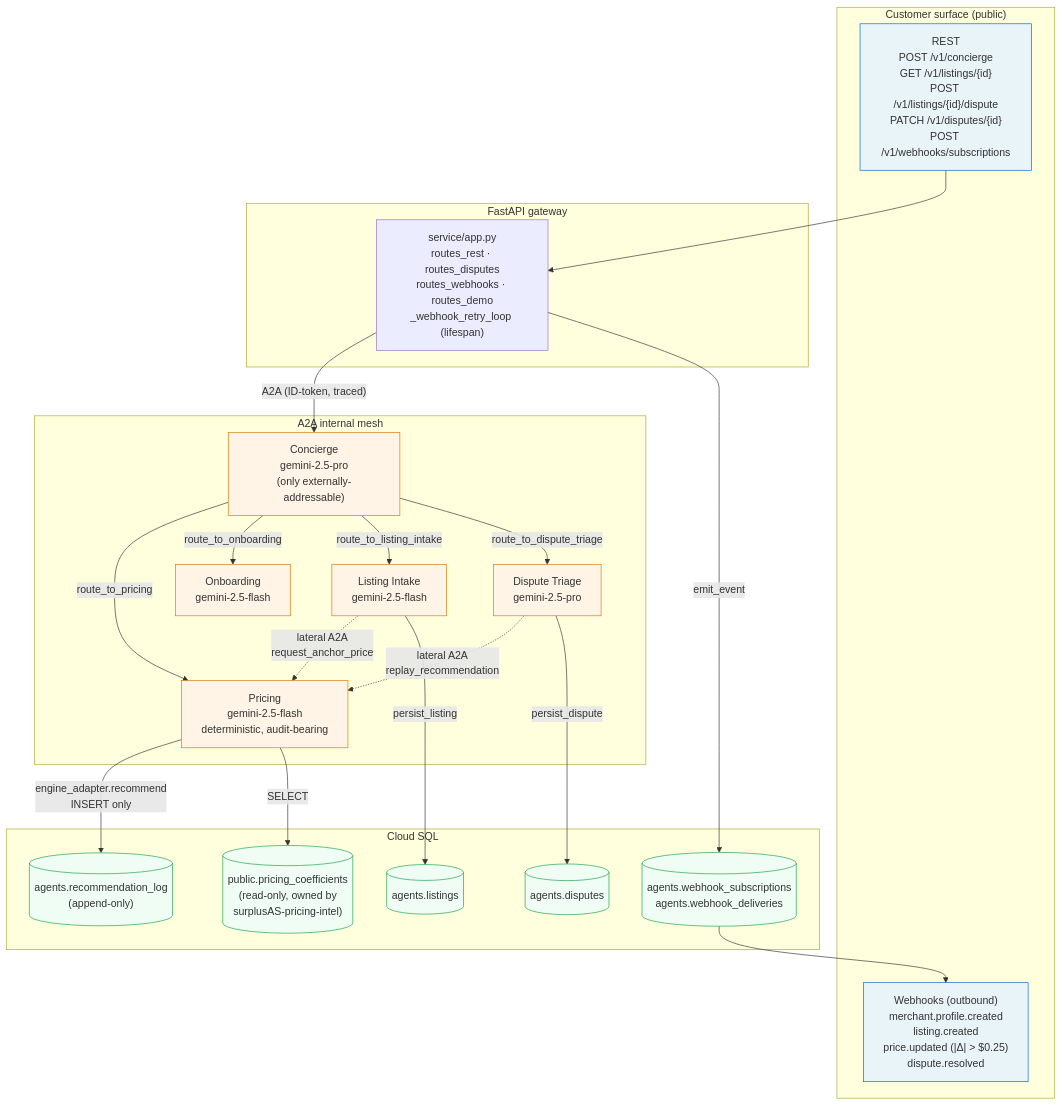
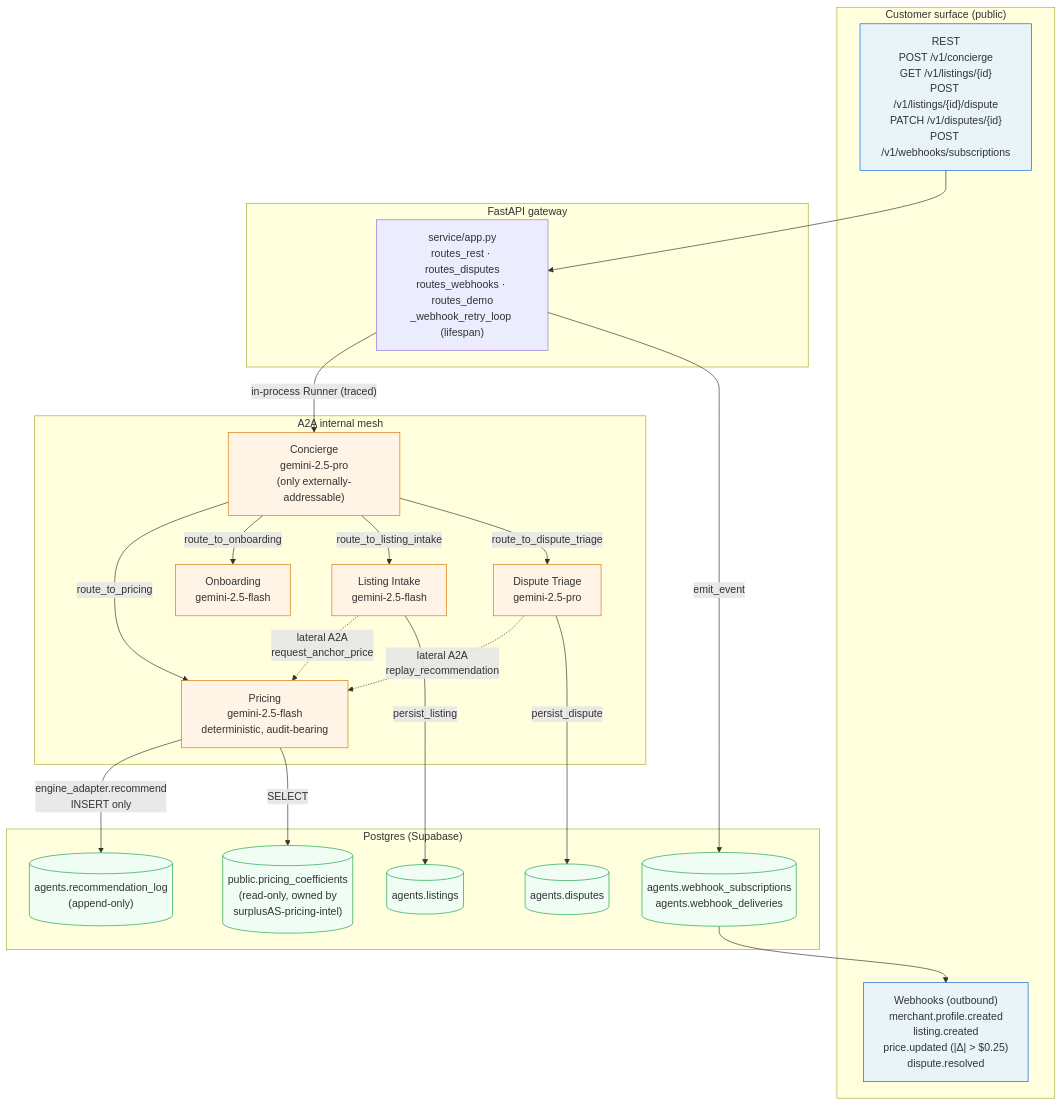
The first of 3 diagrams in docs/architecture.md (PS2O-Mitch/surplusAS-agents-2.0), drawn with Mermaid before and after one commit. The commit also changed other lines of this file and 4 other files, not shown here.

````diff
--- a/docs/architecture.md
+++ b/docs/architecture.md
@@ -11,51 +11,51 @@
 ```mermaid
 flowchart TB
     subgraph customer["Customer surface (public)"]
         rest["REST<br/>POST /v1/concierge<br/>GET /v1/listings/{id}<br/>POST /v1/listings/{id}/dispute<br/>PATCH /v1/disputes/{id}<br/>POST /v1/webhooks/subscriptions"]
         wh["Webhooks (outbound)<br/>merchant.profile.created<br/>listing.created<br/>price.updated (|Δ| &gt; $0.25)<br/>dispute.resolved"]
     end
 
     subgraph gateway["FastAPI gateway"]
         app["service/app.py<br/>routes_rest · routes_disputes<br/>routes_webhooks · routes_demo<br/>_webhook_retry_loop (lifespan)"]
     end
 
     subgraph mesh["A2A internal mesh"]
         concierge["Concierge<br/>gemini-2.5-pro<br/>(only externally-addressable)"]
         pricing["Pricing<br/>gemini-2.5-flash<br/>deterministic, audit-bearing"]
         onboarding["Onboarding<br/>gemini-2.5-flash"]
         intake["Listing Intake<br/>gemini-2.5-flash"]
         dispute["Dispute Triage<br/>gemini-2.5-pro"]
     end
 
-    subgraph data["Cloud SQL"]
+    subgraph data["Postgres (Supabase)"]
         log[("agents.recommendation_log<br/>(append-only)")]
         listings[("agents.listings")]
         disputes[("agents.disputes")]
         coeffs[("public.pricing_coefficients<br/>(read-only, owned by<br/>surplusAS-pricing-intel)")]
         subs[("agents.webhook_subscriptions<br/>agents.webhook_deliveries")]
     end
 
     rest --> app
-    app -->|"A2A (ID-token, traced)"| concierge
+    app -->|"in-process Runner (traced)"| concierge
     concierge -->|"route_to_pricing"| pricing
     concierge -->|"route_to_onboarding"| onboarding
     concierge -->|"route_to_listing_intake"| intake
     concierge -->|"route_to_dispute_triage"| dispute
 
     intake -. "lateral A2A<br/>request_anchor_price" .-> pricing
     dispute -. "lateral A2A<br/>replay_recommendation" .-> pricing
 
     pricing -->|"engine_adapter.recommend<br/>INSERT only"| log
     pricing -->|"SELECT"| coeffs
     intake -->|"persist_listing"| listings
     dispute -->|"persist_dispute"| disputes
     app -->|"emit_event"| subs
     subs --> wh
 
     classDef customer fill:#e8f4f8,stroke:#0366d6
     classDef agent fill:#fff4e6,stroke:#d97706
     classDef store fill:#f0fdf4,stroke:#16a34a
     class rest,wh customer
     class concierge,pricing,onboarding,intake,dispute agent
     class log,listings,disputes,coeffs,subs store
 ```
````
